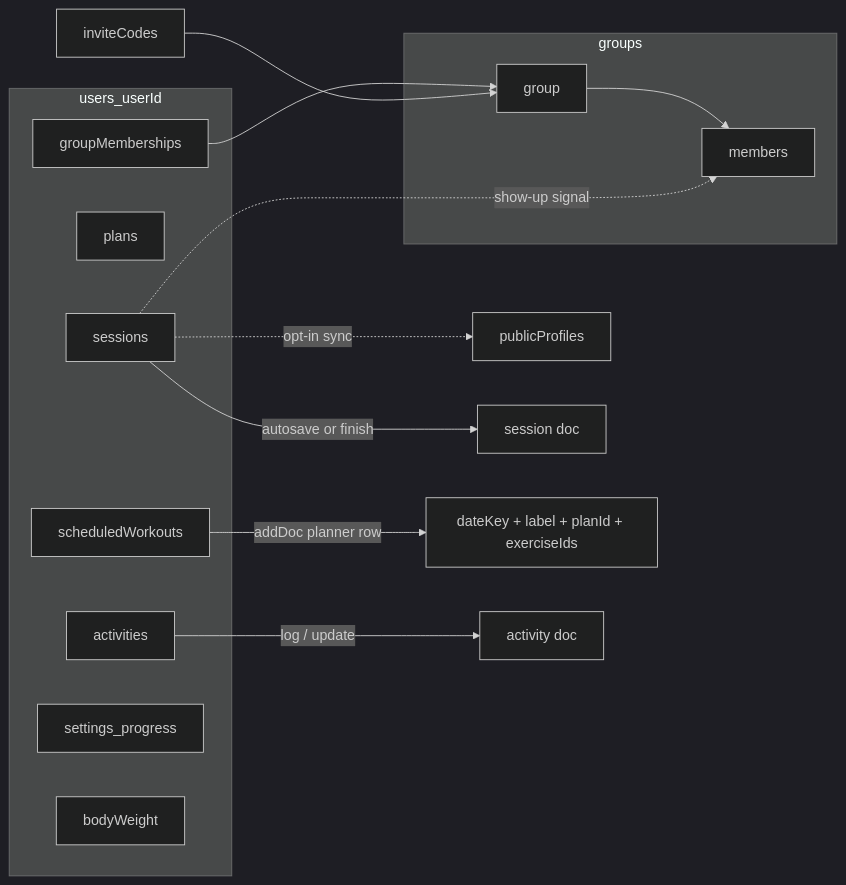
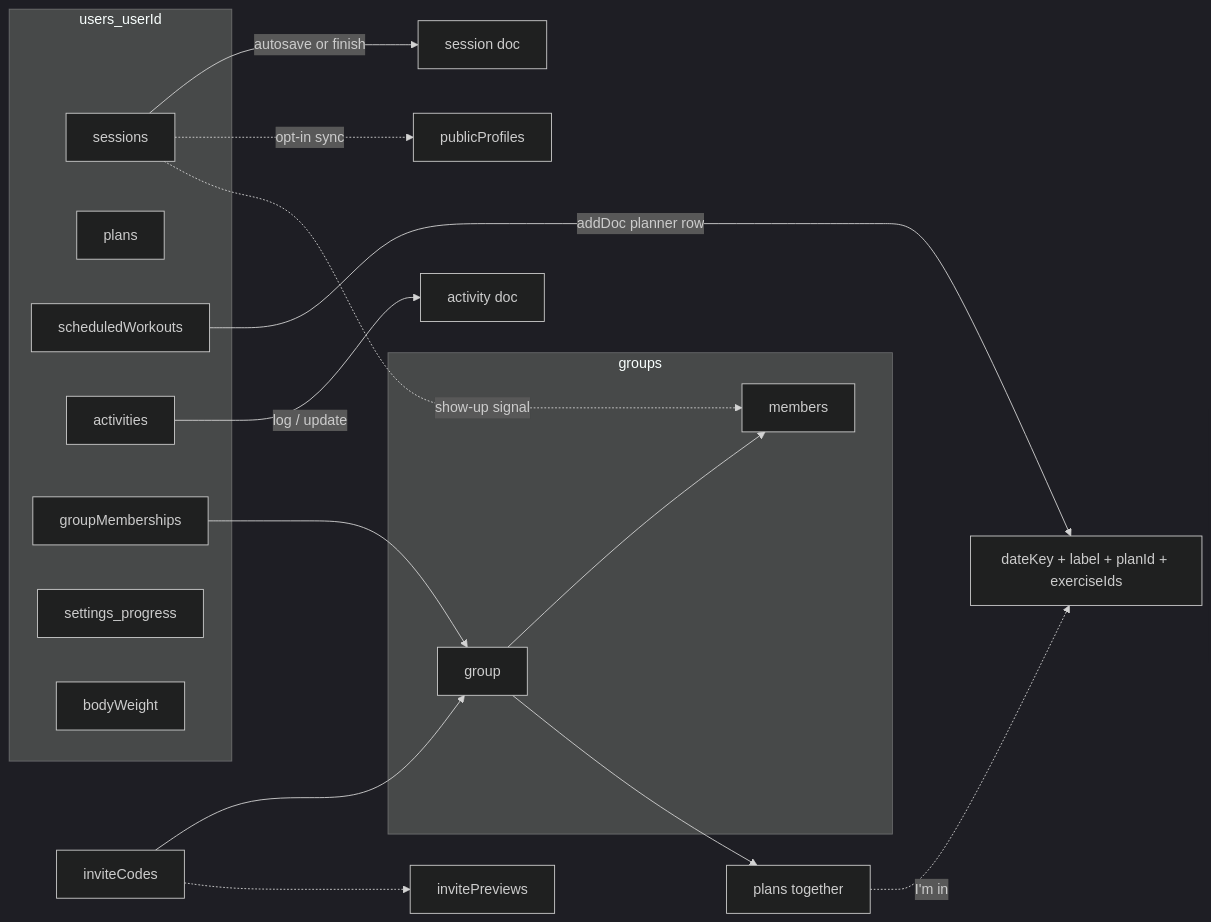
Before and after one commit to ShaneRich5/built-daily-mobile: the diagram in docs/DATA_MODEL.md, drawn with Mermaid (dark theme). The commit also changed other lines of this file and 66 other files, not shown here.

````diff
--- a/docs/DATA_MODEL.md
+++ b/docs/DATA_MODEL.md
@@ -56,26 +59,29 @@
 ```mermaid
 flowchart LR
   subgraph userPath [users_userId]
     sessions[sessions]
     plans[plans]
     scheduled[scheduledWorkouts]
     activities[activities]
     memberships[groupMemberships]
     settings[settings_progress]
     bodyWeight[bodyWeight]
   end
   subgraph groupsPath [groups]
     groupDoc[group]
     members[members]
   end
   inviteCodes[inviteCodes]
   publicProfiles[publicProfiles]
   sessions -->|autosave or finish| sessionDoc[session doc]
   scheduled -->|addDoc planner row| plannerRow[dateKey + label + planId + exerciseIds]
   activities -->|log / update| activityDoc[activity doc]
   memberships --> groupDoc
   inviteCodes --> groupDoc
   groupDoc --> members
+  groupDoc --> groupPlans[plans together]
+  groupPlans -.->|I'm in| plannerRow
+  inviteCodes -.-> invitePreviews[invitePreviews]
   sessions -.->|opt-in sync| publicProfiles
   sessions -.->|show-up signal| members
 ```
````
